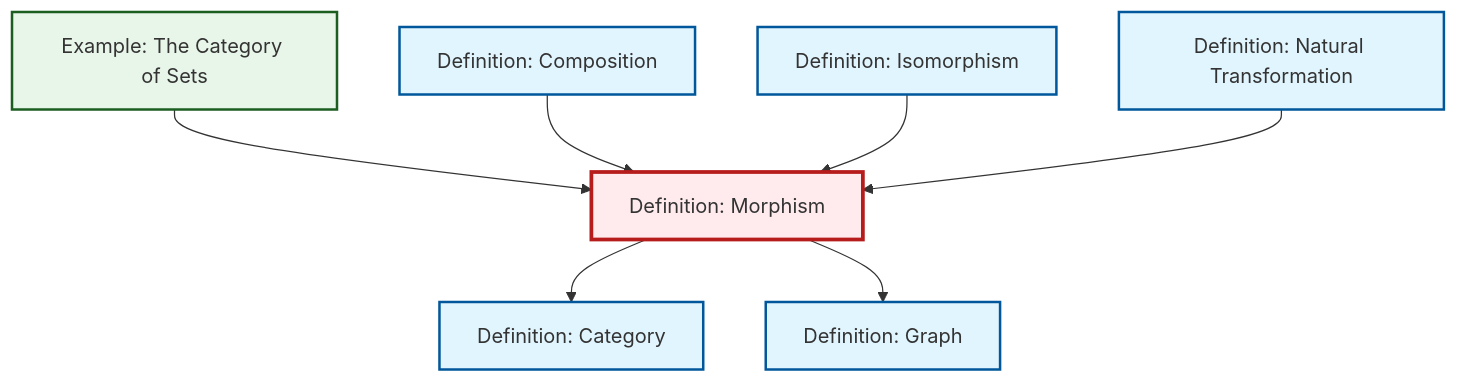
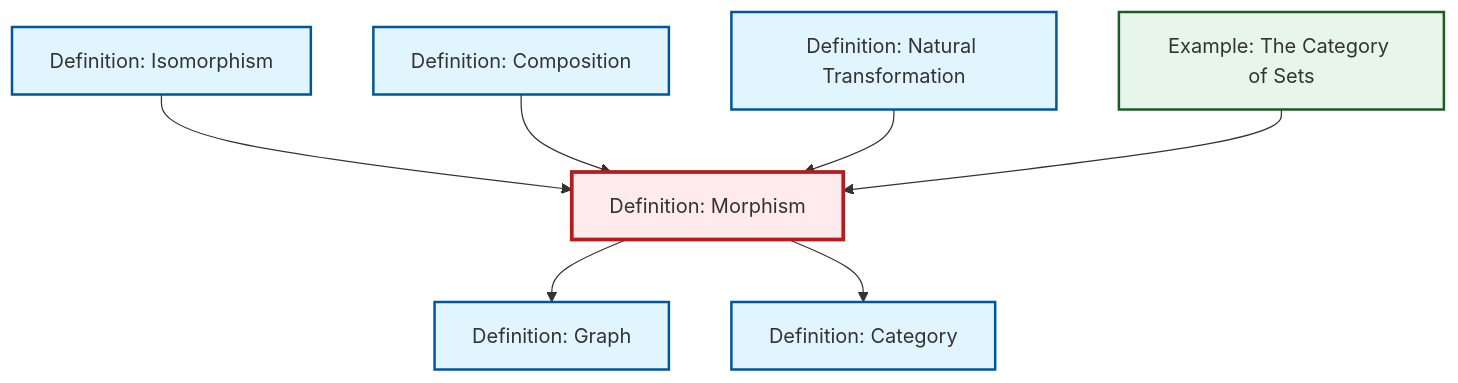
Before and after one commit to RK0429/ModernMath: the diagram in content/ja/category-theory/def-morphism.qmd, drawn with Mermaid. The commit also changed other lines of this file and 615 other files, not shown here.

````diff
--- a/content/ja/category-theory/def-morphism.qmd
+++ b/content/ja/category-theory/def-morphism.qmd
@@ -57,29 +57,29 @@
 ```{mermaid}
 %%| fig-cap: "Local dependency graph"
 graph TD
     classDef definition fill:#e1f5fe,stroke:#01579b,stroke-width:2px
     classDef theorem fill:#f3e5f5,stroke:#4a148c,stroke-width:2px
     classDef axiom fill:#fff3e0,stroke:#e65100,stroke-width:2px
     classDef example fill:#e8f5e9,stroke:#1b5e20,stroke-width:2px
     classDef current fill:#ffebee,stroke:#b71c1c,stroke-width:3px
-    def-isomorphism["Definition: Isomorphism"]:::definition
     def-natural-transformation["Definition: Natural Transformation"]:::definition
-    def-graph["Definition: Graph"]:::definition
+    ex-set-category["Example: The Category of Sets"]:::example
     def-category["Definition: Category"]:::definition
     def-morphism["Definition: Morphism"]:::definition
-    ex-set-category["Example: The Category of Sets"]:::example
     def-composition["Definition: Composition"]:::definition
-    ex-set-category --> def-morphism
-    def-morphism --> def-category
+    def-graph["Definition: Graph"]:::definition
+    def-isomorphism["Definition: Isomorphism"]:::definition
+    def-isomorphism --> def-morphism
     def-composition --> def-morphism
-    def-isomorphism --> def-morphism
     def-morphism --> def-graph
     def-natural-transformation --> def-morphism
+    def-morphism --> def-category
+    ex-set-category --> def-morphism
     class def-morphism current
+    click def-natural-transformation "def-natural-transformation.html" "Definition: Natural Transformationへ"
+    click ex-set-category "ex-set-category.html" "Example: The Category of Setsへ"
+    click def-category "def-category.html" "Definition: Categoryへ"
+    click def-composition "def-composition.html" "Definition: Compositionへ"
+    click def-graph "def-graph.html" "Definition: Graphへ"
     click def-isomorphism "def-isomorphism.html" "Definition: Isomorphismへ"
-    click def-natural-transformation "def-natural-transformation.html" "Definition: Natural Transformationへ"
-    click def-graph "def-graph.html" "Definition: Graphへ"
-    click def-category "def-category.html" "Definition: Categoryへ"
-    click ex-set-category "ex-set-category.html" "Example: The Category of Setsへ"
-    click def-composition "def-composition.html" "Definition: Compositionへ"
 ```
````
